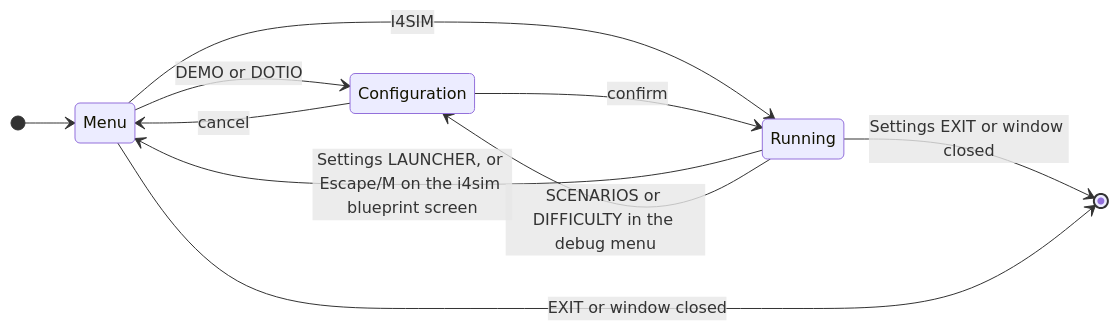
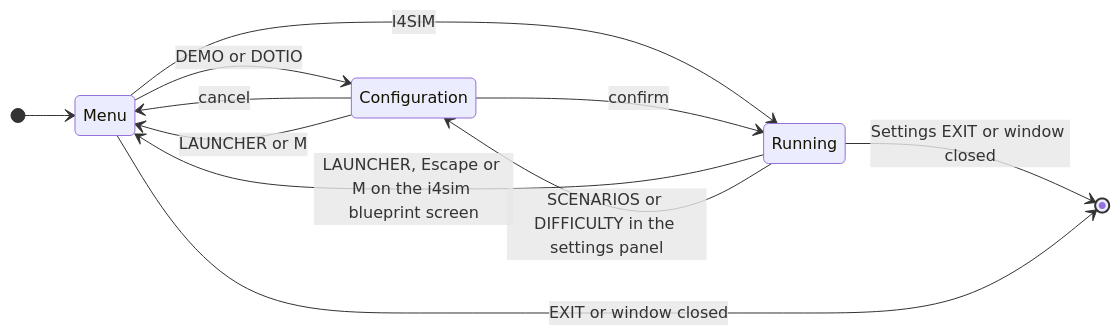
Before and after one commit to SMB-M87/Kinetra-Lab: the diagram in launcher/README.md, drawn with Mermaid. The commit also changed other lines of this file and 9 other files, not shown here.

First line of the commit message:
docs: describe the configuration buttons in the settings panel

````diff
--- a/launcher/README.md
+++ b/launcher/README.md
@@ -34,13 +34,14 @@
 ```mermaid
 stateDiagram-v2
     direction LR
     [*] --> Menu
     Menu --> Configuration: DEMO or DOTIO
     Configuration --> Menu: cancel
     Menu --> Running: I4SIM
     Configuration --> Running: confirm
-    Running --> Menu: Settings LAUNCHER, or Escape/M on the i4sim blueprint screen
-    Running --> Configuration: SCENARIOS or DIFFICULTY in the debug menu
+    Running --> Menu: LAUNCHER, Escape or M on the i4sim blueprint screen
+    Running --> Configuration: SCENARIOS or DIFFICULTY in the settings panel
+    Configuration --> Menu: LAUNCHER or M
     Running --> [*]: Settings EXIT or window closed
     Menu --> [*]: EXIT or window closed
 ```
````
